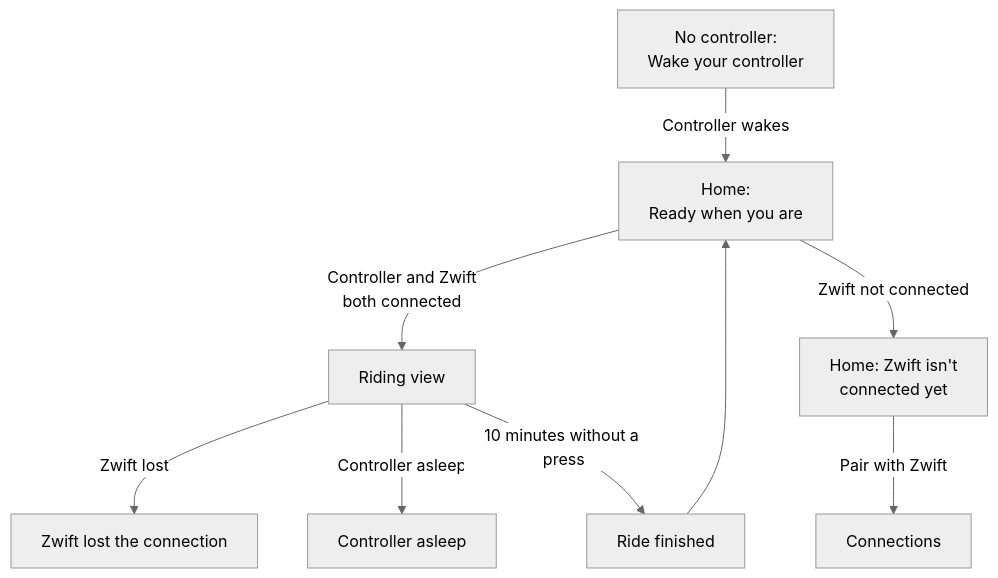
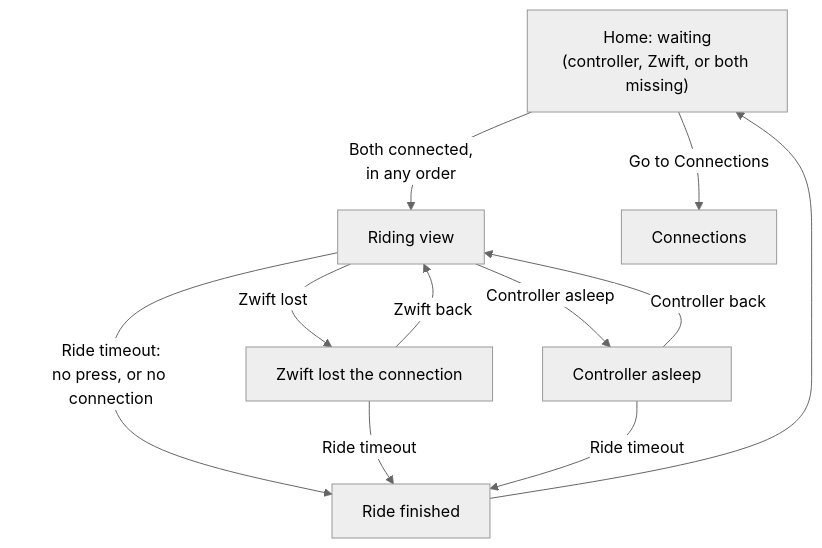
One commit to VoltageSolutions/GameControllerForZwift changed the diagram in docs/spec/screens/ride.md. Above: the diagram before and after it, drawn with Mermaid (neutral theme). The commit also changed other lines of this file and 4 other files, not shown here.

First line of the commit message:
Spec ride timeout setting, connection-based rides, and wordmark

````diff
--- a/docs/spec/screens/ride.md
+++ b/docs/spec/screens/ride.md
@@ -14,11 +14,13 @@
 ```mermaid
 flowchart TD
-    N["No controller:<br/>Wake your controller"] -->|"Controller wakes"| H
-    H["Home:<br/>Ready when you are"] -->|"Controller and Zwift<br/>both connected"| R["Riding view"]
-    H -->|"Zwift not connected"| Z["Home: Zwift isn't<br/>connected yet"]
-    Z -->|"Pair with Zwift"| C["Connections"]
+    W["Home: waiting<br/>(controller, Zwift, or both missing)"] -->|"Both connected,<br/>in any order"| R["Riding view"]
+    W -->|"Go to Connections"| C["Connections"]
     R -->|"Zwift lost"| L["Zwift lost the connection"]
     R -->|"Controller asleep"| S["Controller asleep"]
-    R -->|"10 minutes without a press"| F["Ride finished"]
-    F --> H
+    L -->|"Zwift back"| R
+    S -->|"Controller back"| R
+    R -->|"Ride timeout:<br/>no press, or no connection"| F["Ride finished"]
+    L -->|"Ride timeout"| F
+    S -->|"Ride timeout"| F
+    F --> W
 ```
````
